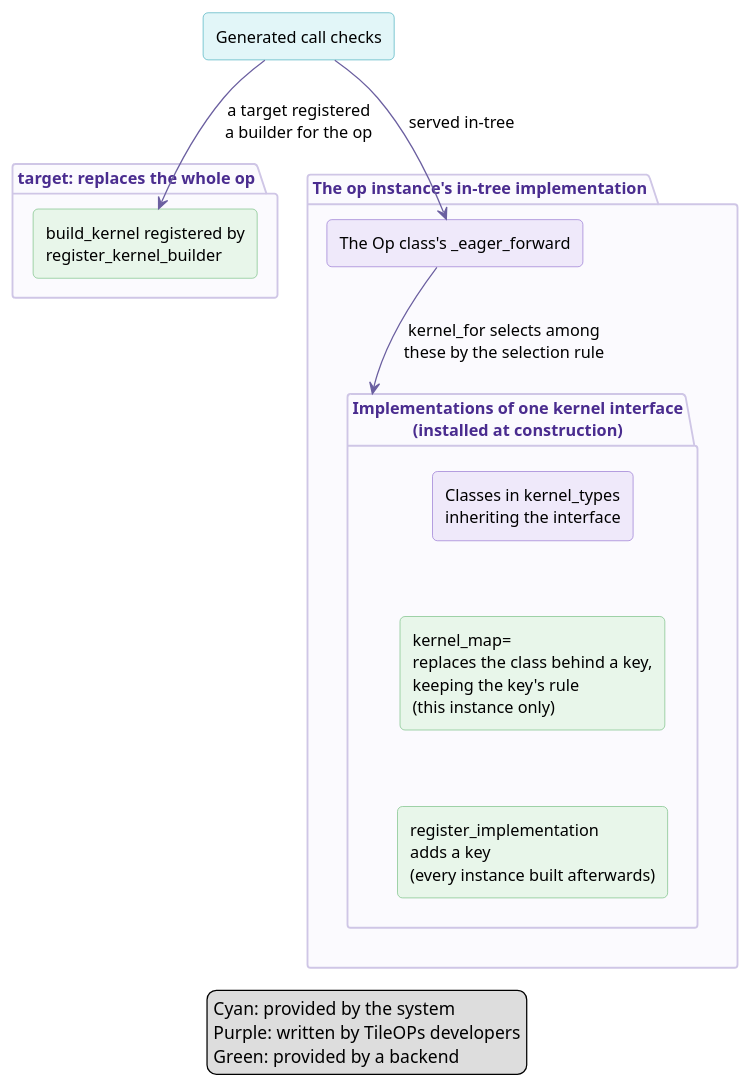
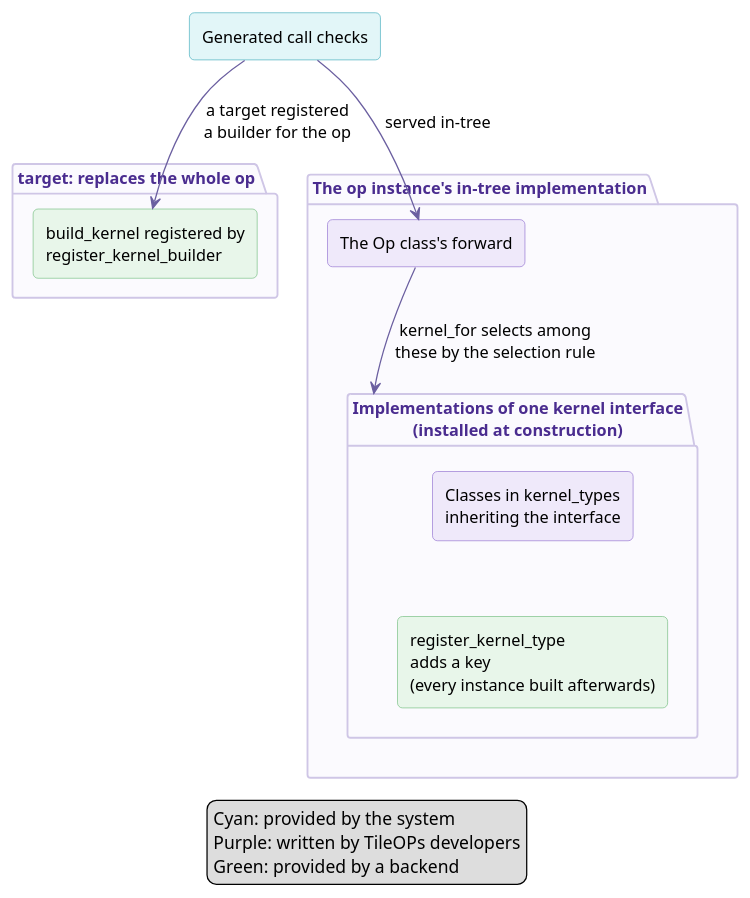
One commit to lcy-seso/TileOPs.github.io changed the diagram in figures/user-guide/dispatch/extension.en.puml. Above: the diagram before and after it, drawn with PlantUML. The commit also changed 39 other files, not shown here.

```diff
--- a/figures/user-guide/dispatch/extension.en.puml
+++ b/figures/user-guide/dispatch/extension.en.puml
@@ -1,54 +1,52 @@
 @startuml extension
 skinparam defaultFontName "Noto Sans SC"
 skinparam defaultFontSize 13
 skinparam shadowing false
 skinparam ArrowColor #6B5FA0
 skinparam TitleFontColor #4A2C8F
 skinparam rectangle {
   RoundCorner 8
 }
 skinparam package {
   BorderColor #CFC6E6
   BackgroundColor #FBFAFE
   FontColor #4A2C8F
 }
 hide stereotype
 skinparam rectangle<<sys>> {
   BackgroundColor #E2F6F8
   BorderColor #3AA9B8
 }
 skinparam rectangle<<dev>> {
   BackgroundColor #EFE9FA
   BorderColor #8E6CCF
 }
 skinparam rectangle<<ext>> {
   BackgroundColor #E8F6EA
   BorderColor #6DBA7A
 }
 rectangle "Generated call checks" as chk <<sys>>
 
 package "target: replaces the whole op" {
   rectangle "build_kernel registered by\nregister_kernel_builder" as tgt <<ext>>
 }
 
 package "The op instance's in-tree implementation" {
-  rectangle "The Op class's _eager_forward" as body <<dev>>
+  rectangle "The Op class's forward" as body <<dev>>
   package "Implementations of one kernel interface\n(installed at construction)" as snap {
     rectangle "Classes in kernel_types\ninheriting the interface" as intree <<dev>>
-    rectangle "kernel_map=\nreplaces the class behind a key,\nkeeping the key's rule\n(this instance only)" as repl <<ext>>
-    rectangle "register_implementation\nadds a key\n(every instance built afterwards)" as added <<ext>>
-    intree -[hidden]down- repl
-    repl -[hidden]down- added
+    rectangle "register_kernel_type\nadds a key\n(every instance built afterwards)" as added <<ext>>
+    intree -[hidden]down- added
   }
 }
 
 chk --> tgt : a target registered\na builder for the op
 chk --> body : served in-tree
 body --> snap : kernel_for selects among\nthese by the selection rule
 
 legend bottom
   Cyan: provided by the system
   Purple: written by TileOPs developers
   Green: provided by a backend
 endlegend
 @enduml
```
